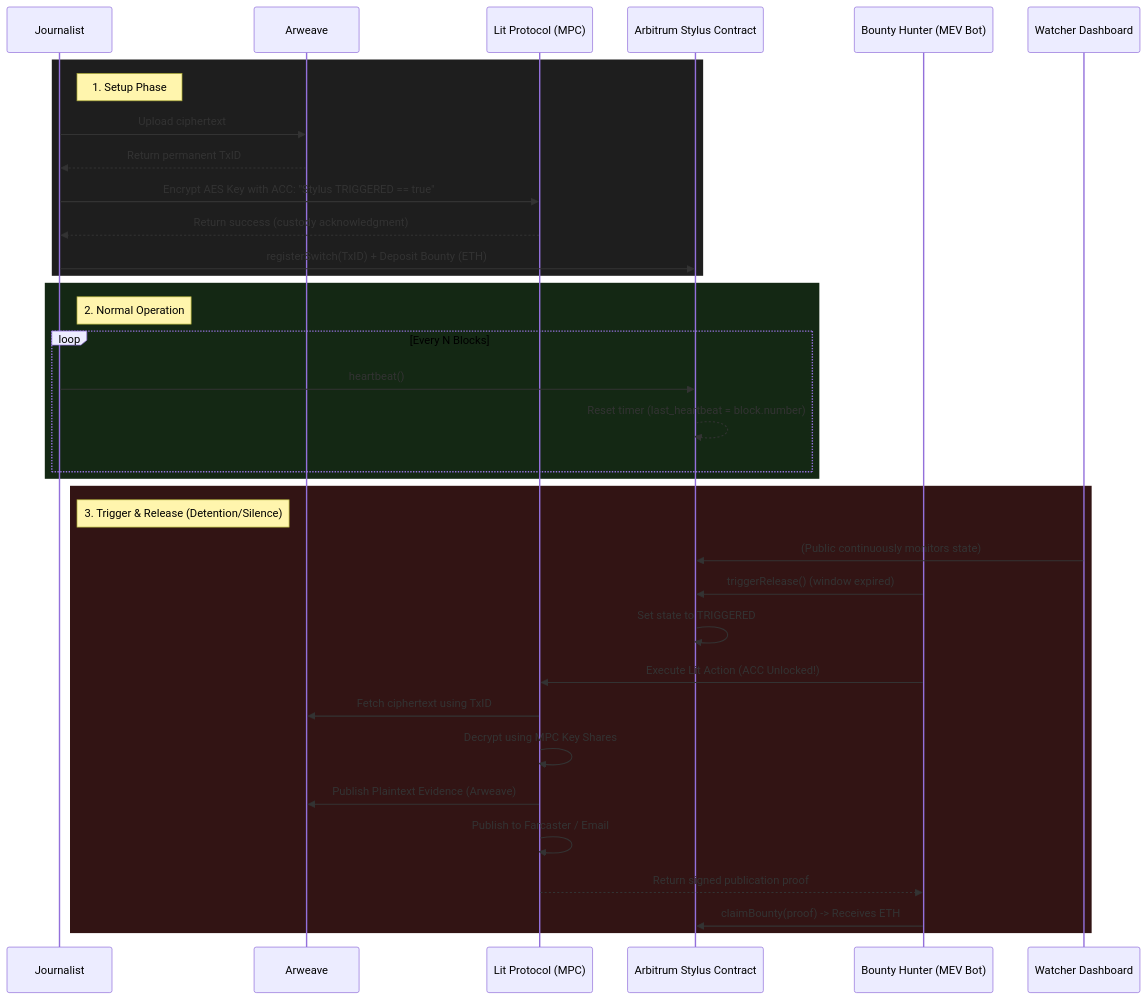
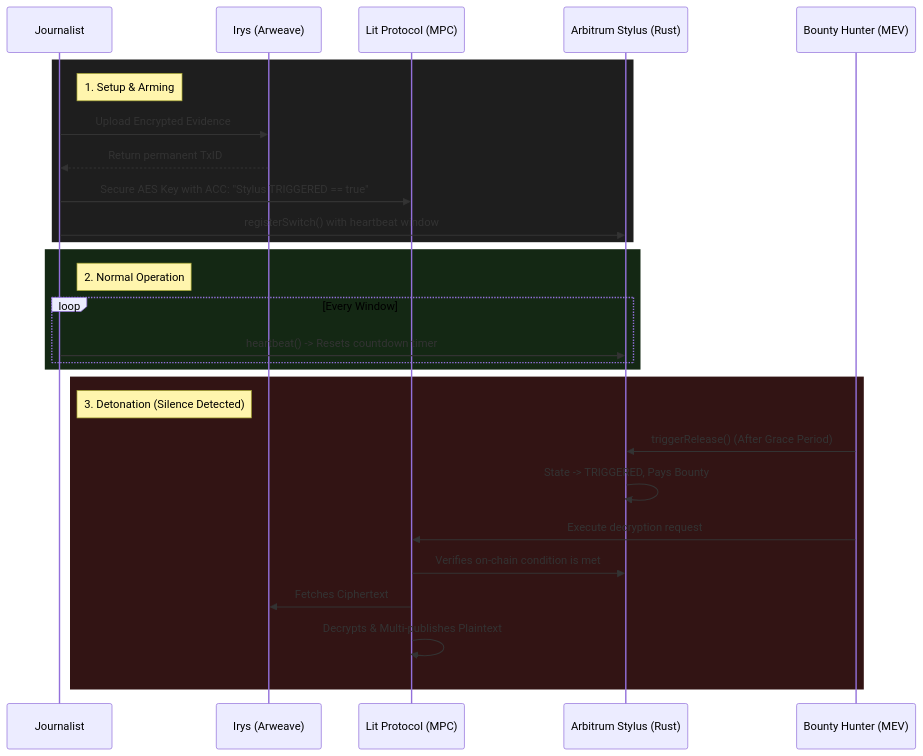
One commit to Amrit-mishra07/Vault_bomb changed the diagram in README.md. Above: the diagram before and after it, drawn with Mermaid. The commit also changed other lines of this file, not shown here.

````diff
--- a/README.md
+++ b/README.md
@@ -30,43 +62,36 @@
 ```mermaid
 sequenceDiagram
     participant J as Journalist
-    participant A as Arweave
+    participant Irys as Irys (Arweave)
     participant Lit as Lit Protocol (MPC)
-    participant S as Arbitrum Stylus Contract
-    participant B as Bounty Hunter (MEV Bot)
-    participant W as Watcher Dashboard
+    participant S as Arbitrum Stylus (Rust)
+    participant B as Bounty Hunter (MEV)
     
     %% Setup Phase
     rect rgb(30, 30, 30)
-    note right of J: 1. Setup Phase
-    J->>A: Upload ciphertext
-    A-->>J: Return permanent TxID
-    J->>Lit: Encrypt AES Key with ACC: "Stylus TRIGGERED == true"
-    Lit-->>J: Return success (custody acknowledgment)
-    J->>S: registerSwitch(TxID) + Deposit Bounty (ETH)
+    note right of J: 1. Setup & Arming
+    J->>Irys: Upload Encrypted Evidence
+    Irys-->>J: Return permanent TxID
+    J->>Lit: Secure AES Key with ACC: "Stylus TRIGGERED == true"
+    J->>S: registerSwitch() with heartbeat window
     end
     
     %% Normal Operation
     rect rgb(20, 40, 20)
     note right of J: 2. Normal Operation
-    loop Every N Blocks
-        J->>S: heartbeat()
-        S-->>S: Reset timer (last_heartbeat = block.number)
+    loop Every Window
+        J->>S: heartbeat() -> Resets countdown timer
     end
     end
     
     %% Trigger Phase
     rect rgb(50, 20, 20)
-    note right of J: 3. Trigger & Release (Detention/Silence)
-    W->>S: (Public continuously monitors state)
-    B->>S: triggerRelease() (window expired)
-    S->>S: Set state to TRIGGERED
-    B->>Lit: Execute Lit Action (ACC Unlocked!)
-    Lit->>A: Fetch ciphertext using TxID
-    Lit->>Lit: Decrypt using MPC Key Shares
-    Lit->>A: Publish Plaintext Evidence (Arweave)
-    Lit->>Lit: Publish to Farcaster / Email
-    Lit-->>B: Return signed publication proof
-    B->>S: claimBounty(proof) -> Receives ETH
+    note right of J: 3. Detonation (Silence Detected)
+    B->>S: triggerRelease() (After Grace Period)
+    S->>S: State -> TRIGGERED, Pays Bounty
+    B->>Lit: Execute decryption request
+    Lit->>S: Verifies on-chain condition is met
+    Lit->>Irys: Fetches Ciphertext
+    Lit->>Lit: Decrypts & Multi-publishes Plaintext
     end
 ```
````
